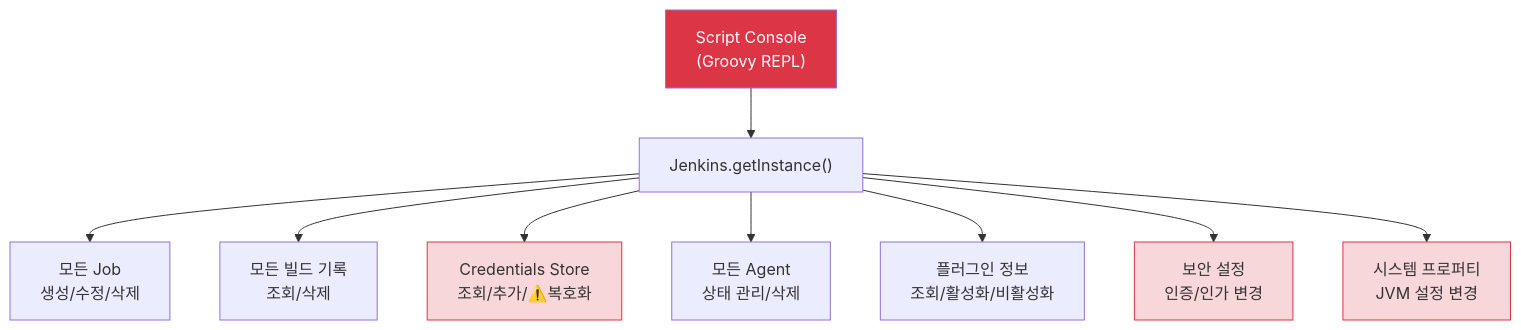
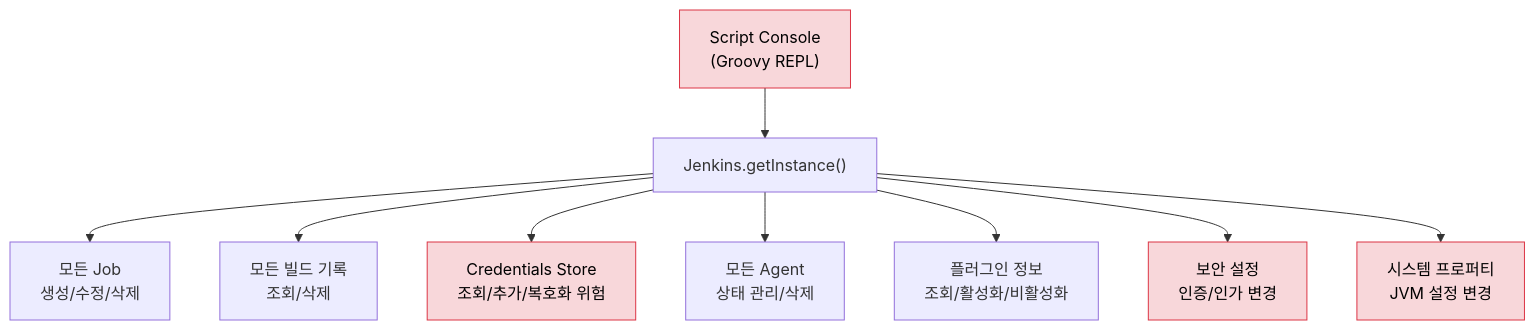
The third of 3 diagrams in write/07_devops/02_Jenkins/05_operations/02-02.Jenkins 커스텀이란?.md (scofe97/StduyWrite), drawn with Mermaid before and after one commit. The commit also changed other lines of this file and 13 other files, not shown here.

````diff
--- a/write/07_devops/02_Jenkins/05_operations/02-02.Jenkins 커스텀이란?.md
+++ b/write/07_devops/02_Jenkins/05_operations/02-02.Jenkins 커스텀이란?.md
@@ -247,19 +301,19 @@
 ```mermaid
 flowchart TB
     SC["Script Console<br/>(Groovy REPL)"]
 
     SC --> JI["Jenkins.getInstance()"]
 
     JI --> Jobs["모든 Job<br/>생성/수정/삭제"]
     JI --> Builds["모든 빌드 기록<br/>조회/삭제"]
-    JI --> Creds["Credentials Store<br/>조회/추가/⚠️복호화"]
+    JI --> Creds["Credentials Store<br/>조회/추가/복호화 위험"]
     JI --> Agents["모든 Agent<br/>상태 관리/삭제"]
     JI --> Plugins["플러그인 정보<br/>조회/활성화/비활성화"]
     JI --> Security["보안 설정<br/>인증/인가 변경"]
     JI --> System["시스템 프로퍼티<br/>JVM 설정 변경"]
 
-    style SC fill:#dc3545,color:#fff
-    style Creds fill:#f8d7da,stroke:#dc3545,color:#333
-    style Security fill:#f8d7da,stroke:#dc3545,color:#333
-    style System fill:#f8d7da,stroke:#dc3545,color:#333
+    style SC fill:#f8d7da,stroke:#dc3545,color:#000
+    style Creds fill:#f8d7da,stroke:#dc3545,color:#000
+    style Security fill:#f8d7da,stroke:#dc3545,color:#000
+    style System fill:#f8d7da,stroke:#dc3545,color:#000
 ```
````
